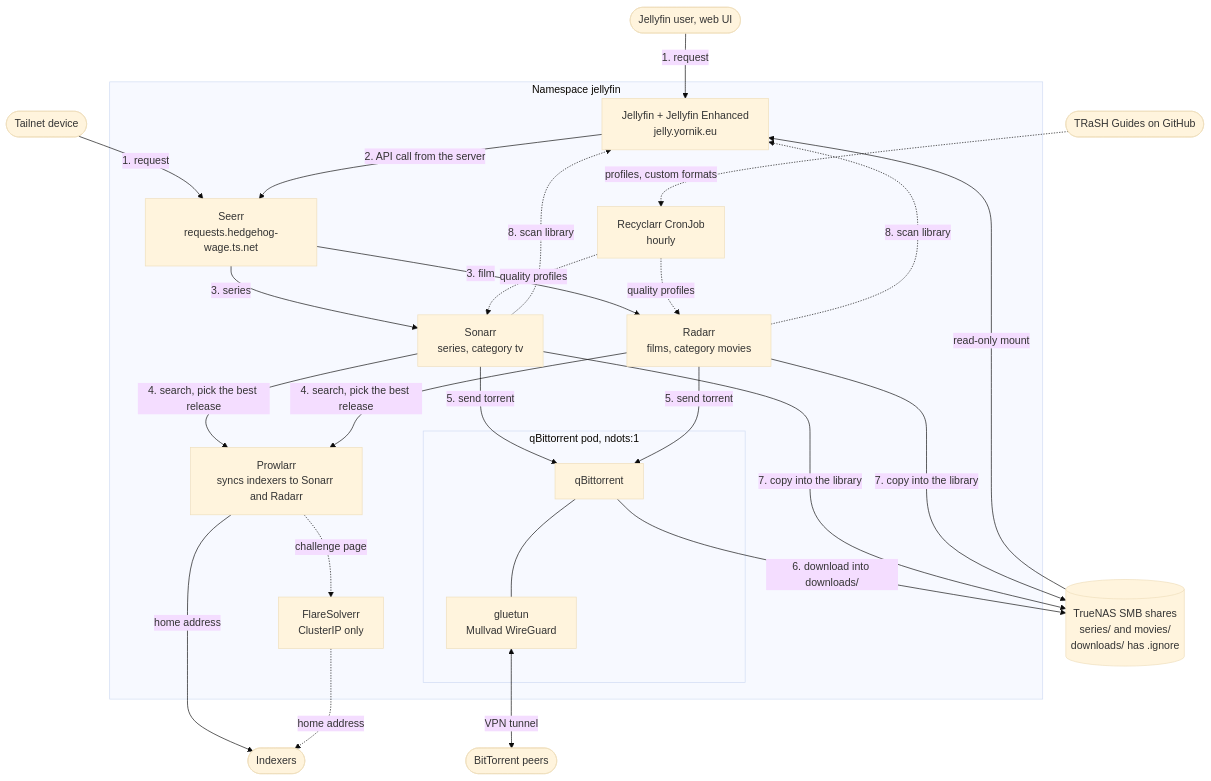
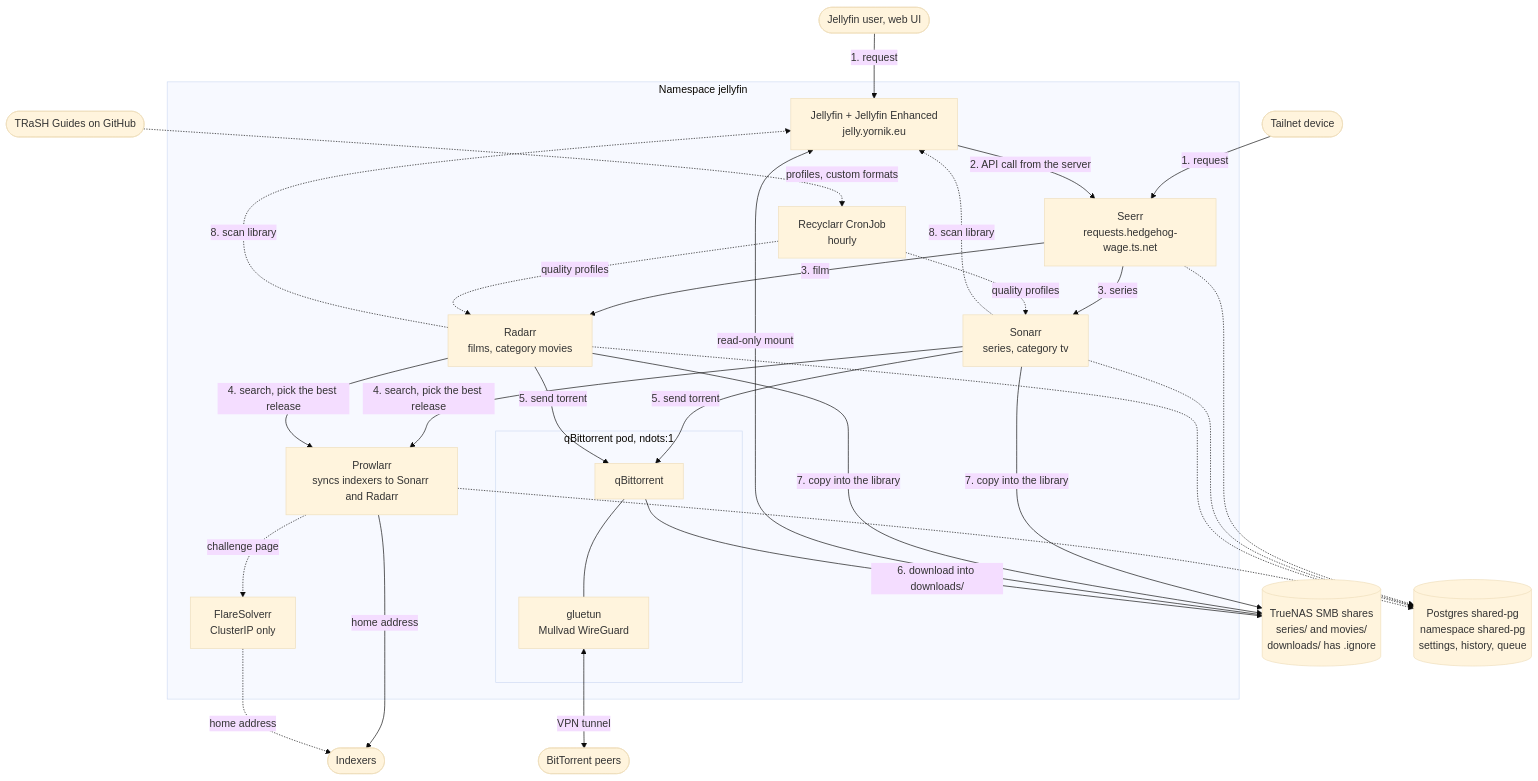
Before and after one commit to Yornik/sharkshere-gitops: the second of 3 diagrams in docs/tech/README.md, drawn with Mermaid (base theme). The commit also changed other lines of this file and 5 other files, not shown here.

First line of the commit message:
docs: explain Renovate and the Postgres setup, show shared-pg in the media flow

````diff
--- a/docs/tech/README.md
+++ b/docs/tech/README.md
@@ -85,40 +86,42 @@
 ```mermaid
 flowchart TB
   User([Jellyfin user, web UI])
   TailUser([Tailnet device])
 
   subgraph NS["Namespace jellyfin"]
     Jellyfin["Jellyfin + Jellyfin Enhanced<br/>jelly.yornik.eu"]
     Seerr["Seerr<br/>requests.hedgehog-wage.ts.net"]
     Sonarr["Sonarr<br/>series, category tv"]
     Radarr["Radarr<br/>films, category movies"]
     Prowlarr["Prowlarr<br/>syncs indexers to Sonarr and Radarr"]
     Flare["FlareSolverr<br/>ClusterIP only"]
     Recyclarr["Recyclarr CronJob<br/>hourly"]
     subgraph QB["qBittorrent pod, ndots:1"]
       QBit["qBittorrent"] --- Gluetun["gluetun<br/>Mullvad WireGuard"]
     end
   end
 
   NAS[("TrueNAS SMB shares<br/>series/ and movies/<br/>downloads/ has .ignore")]
+  PG[("Postgres shared-pg<br/>namespace shared-pg<br/>settings, history, queue")]
   Indexers([Indexers])
   Peers([BitTorrent peers])
   Trash([TRaSH Guides on GitHub])
 
   User -->|1. request| Jellyfin
   TailUser -->|1. request| Seerr
   Jellyfin -->|"2. API call from the server"| Seerr
   Seerr -->|3. series| Sonarr
   Seerr -->|3. film| Radarr
   Sonarr & Radarr -->|"4. search, pick the best release"| Prowlarr
   Prowlarr -->|"home address"| Indexers
   Prowlarr -.->|"challenge page"| Flare -.->|"home address"| Indexers
   Sonarr & Radarr -->|5. send torrent| QBit
   Gluetun <-->|"VPN tunnel"| Peers
   QBit -->|"6. download into downloads/"| NAS
   Sonarr & Radarr -->|"7. copy into the library"| NAS
   Sonarr & Radarr -.->|"8. scan library"| Jellyfin
   NAS -->|"read-only mount"| Jellyfin
+  Seerr & Sonarr & Radarr & Prowlarr -.-> PG
   Trash -.->|"profiles, custom formats"| Recyclarr
   Recyclarr -.->|"quality profiles"| Sonarr & Radarr
 ```
````
